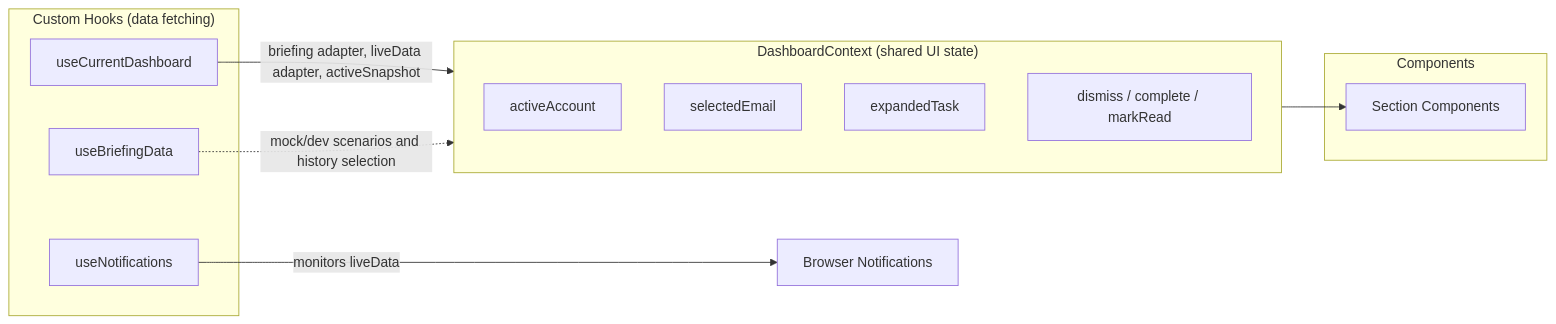
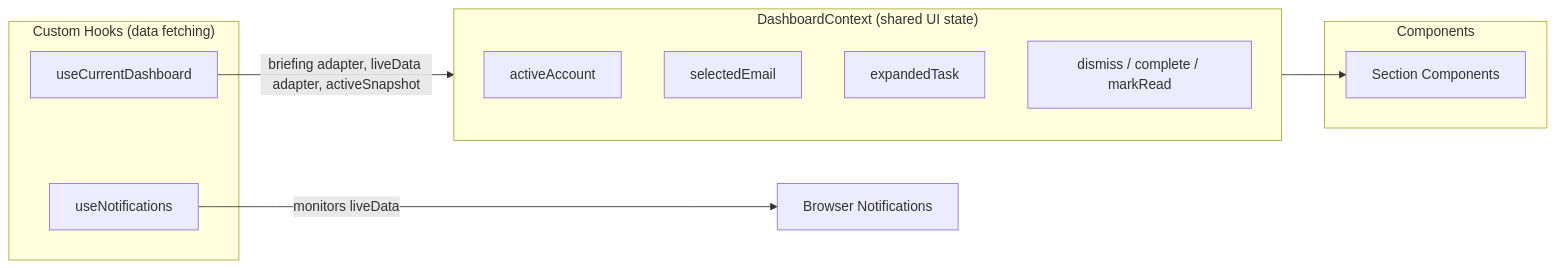
Before and after one commit to ansidian/Setpoint: the third of 7 diagrams in ARCHITECTURE.md, drawn with Mermaid. The commit also changed other lines of this file and 33 other files, not shown here.

````diff
--- a/ARCHITECTURE.md
+++ b/ARCHITECTURE.md
@@ -217,24 +211,22 @@
 ```mermaid
 graph LR
     subgraph Hooks["Custom Hooks (data fetching)"]
         UCD[useCurrentDashboard]
-        UBD[useBriefingData]
         UN[useNotifications]
     end
 
     subgraph Context["DashboardContext (shared UI state)"]
         AE[activeAccount]
         SE[selectedEmail]
         ET[expandedTask]
         Handlers[dismiss / complete / markRead]
     end
 
     subgraph Components
         Sections[Section Components]
     end
 
     UCD -->|briefing adapter, liveData adapter, activeSnapshot| Context
-    UBD -.->|mock/dev scenarios and history selection| Context
     UN -->|monitors liveData| Browser[Browser Notifications]
     Context --> Sections
 ```
````
